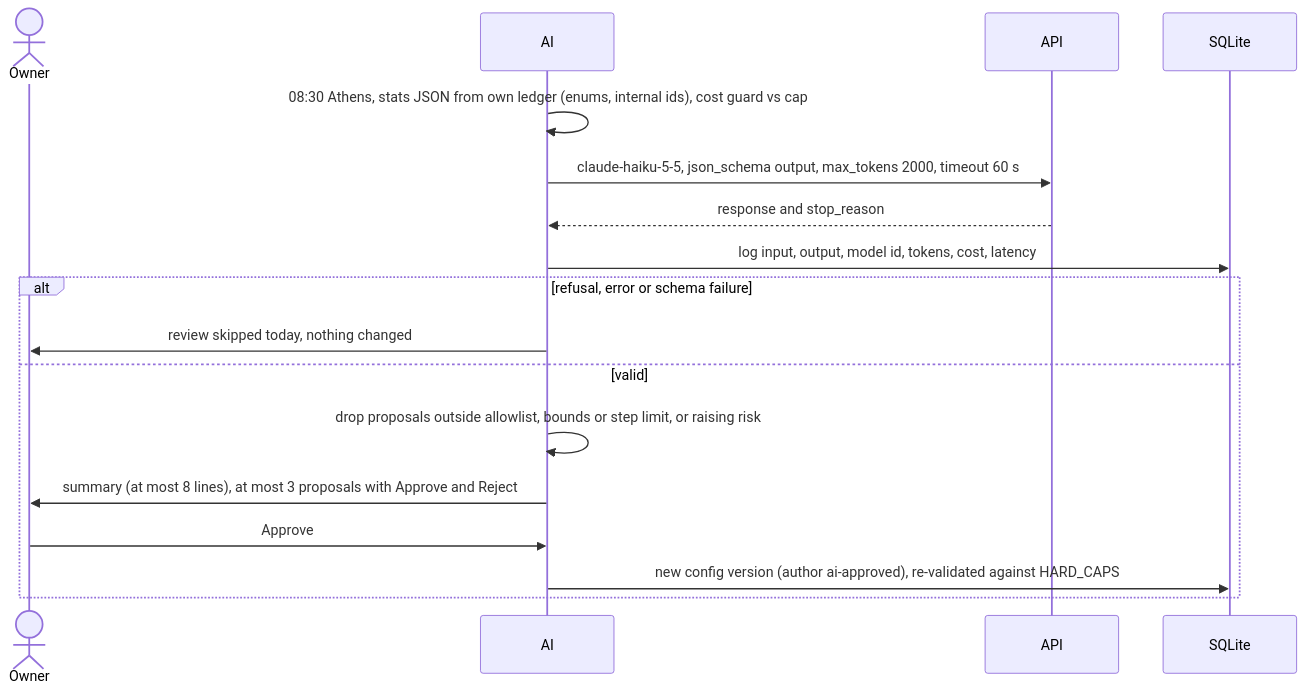
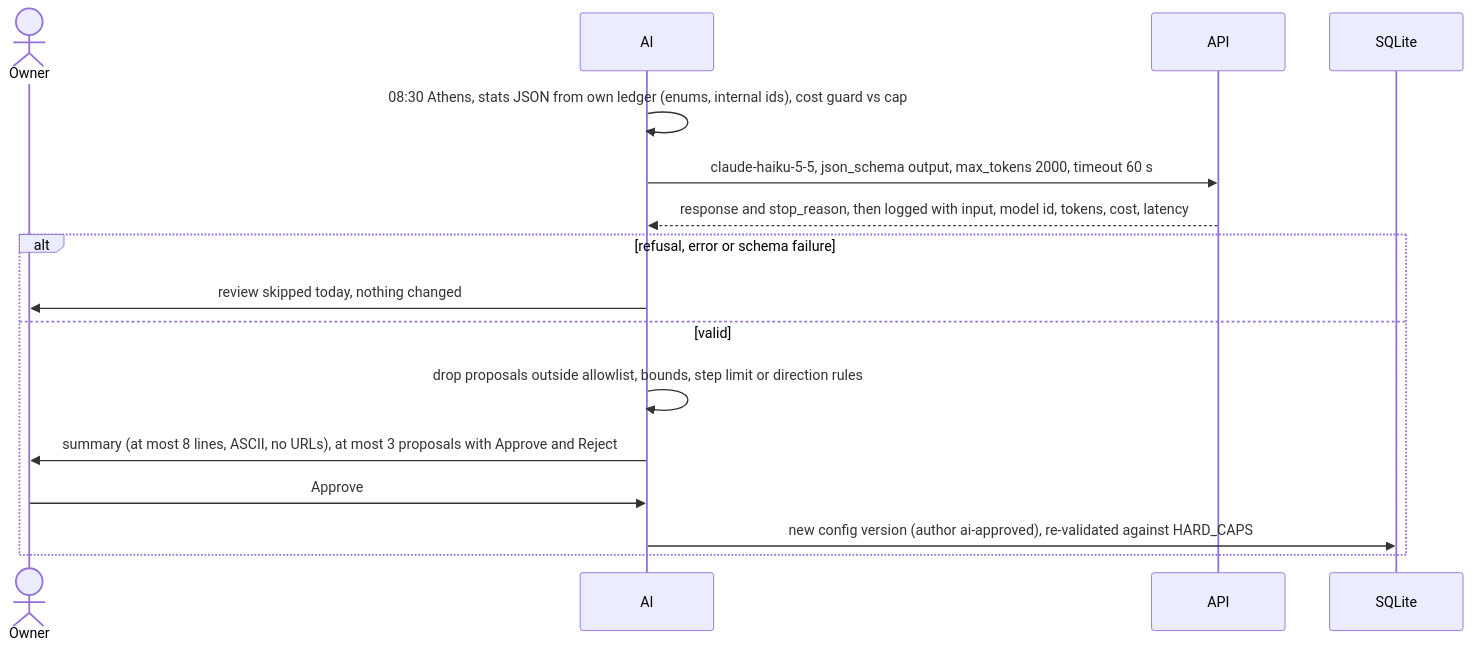
The sixth of 6 diagrams in fomo-bot/docs/ARCHITECTURE.md (pishtarhsamuel/samsulek), drawn with Mermaid before and after one commit. The commit also changed other lines of this file and 3 other files, not shown here.

````diff
--- a/fomo-bot/docs/ARCHITECTURE.md
+++ b/fomo-bot/docs/ARCHITECTURE.md
@@ -244,16 +278,15 @@
 ```mermaid
 sequenceDiagram
   actor OW as Owner
   AI->>AI: 08:30 Athens, stats JSON from own ledger (enums, internal ids), cost guard vs cap
   AI->>API: claude-haiku-5-5, json_schema output, max_tokens 2000, timeout 60 s
-  API-->>AI: response and stop_reason
-  AI->>SQLite: log input, output, model id, tokens, cost, latency
+  API-->>AI: response and stop_reason, then logged with input, model id, tokens, cost, latency
   alt refusal, error or schema failure
     AI->>OW: review skipped today, nothing changed
   else valid
-    AI->>AI: drop proposals outside allowlist, bounds or step limit, or raising risk
-    AI->>OW: summary (at most 8 lines), at most 3 proposals with Approve and Reject
+    AI->>AI: drop proposals outside allowlist, bounds, step limit or direction rules
+    AI->>OW: summary (at most 8 lines, ASCII, no URLs), at most 3 proposals with Approve and Reject
     OW->>AI: Approve
     AI->>SQLite: new config version (author ai-approved), re-validated against HARD_CAPS
   end
 ```
````
